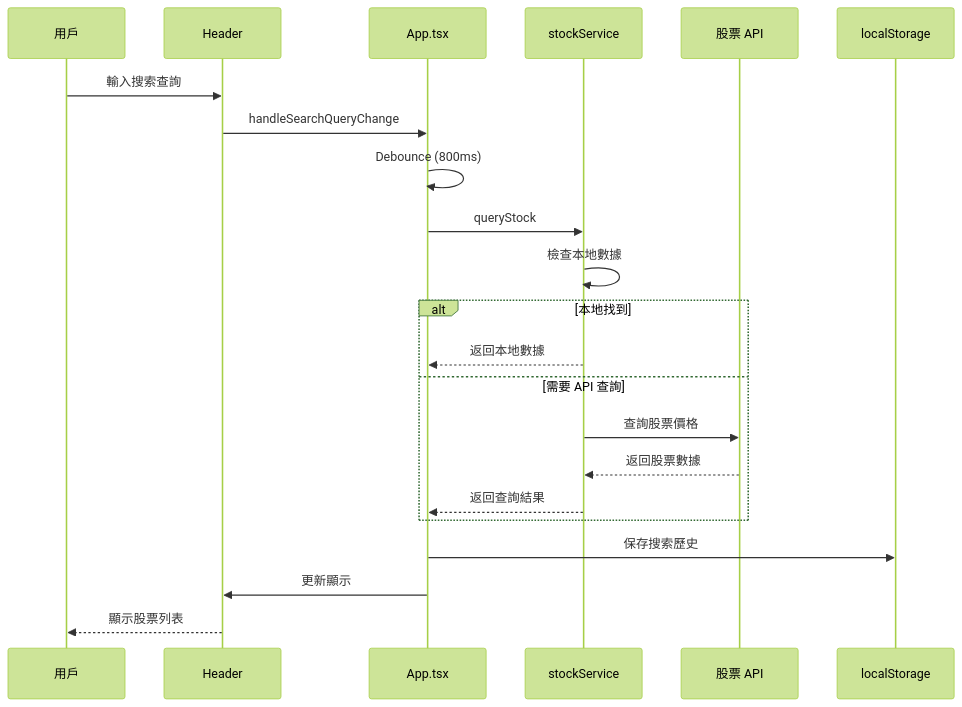
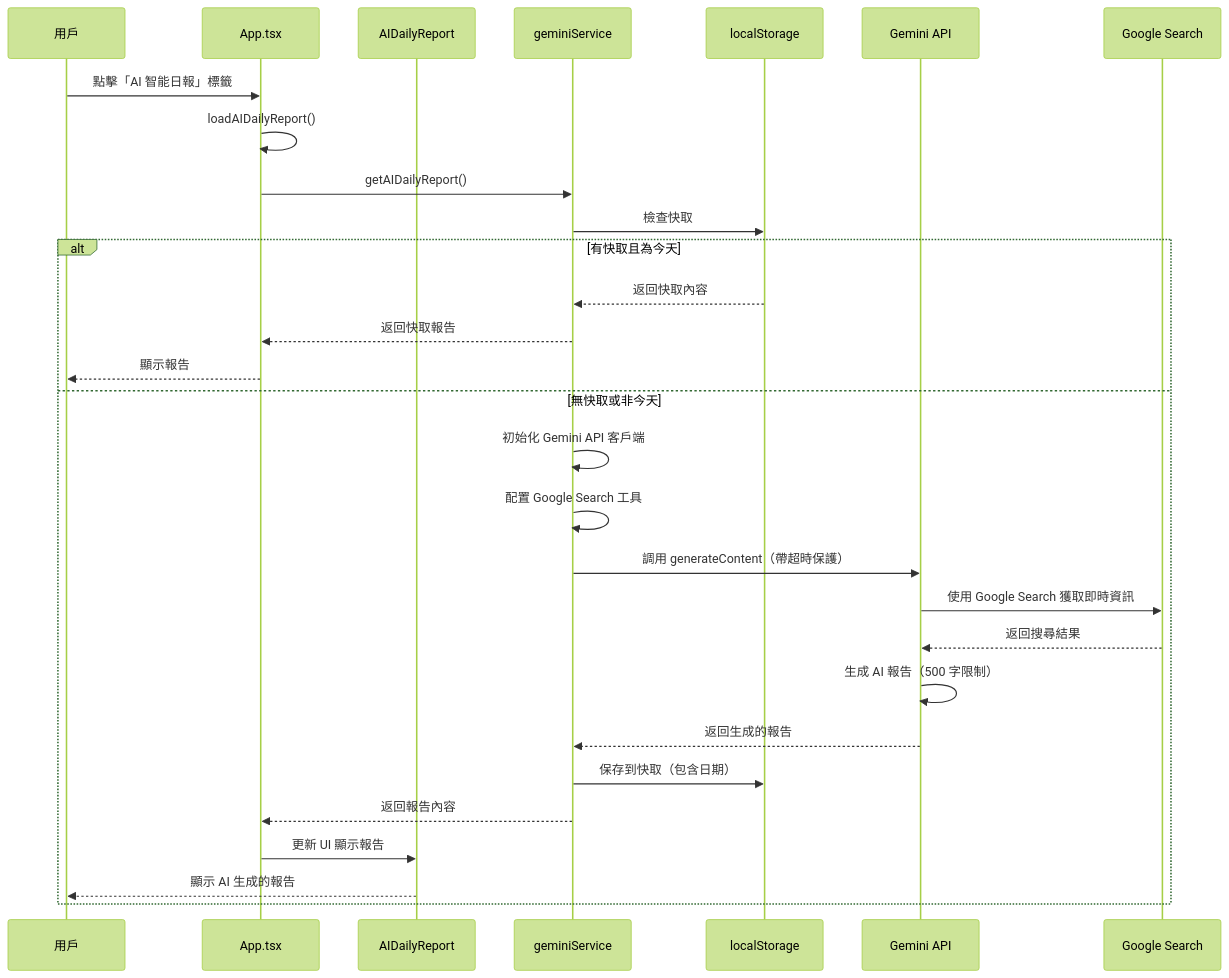
One commit to qwerboy-design/gemini-fintech-pro changed the second of 6 diagrams in README.md. Above: the diagram before and after it, drawn with Mermaid (forest theme). The commit also changed other lines of this file and 87 other files, not shown here.

````diff
--- a/README.md
+++ b/README.md
@@ -191,25 +253,32 @@
 ```mermaid
 sequenceDiagram
     participant U as 用戶
-    participant H as Header
     participant A as App.tsx
-    participant SS as stockService
-    participant API as 股票 API
+    participant AR as AIDailyReport
+    participant GS as geminiService
     participant LS as localStorage
+    participant GA as Gemini API
+    participant GS2 as Google Search
     
-    U->>H: 輸入搜索查詢
-    H->>A: handleSearchQueryChange
-    A->>A: Debounce (800ms)
-    A->>SS: queryStock
-    SS->>SS: 檢查本地數據
-    alt 本地找到
-        SS-->>A: 返回本地數據
-    else 需要 API 查詢
-        SS->>API: 查詢股票價格
-        API-->>SS: 返回股票數據
-        SS-->>A: 返回查詢結果
+    U->>A: 點擊「AI 智能日報」標籤
+    A->>A: loadAIDailyReport()
+    A->>GS: getAIDailyReport()
+    GS->>LS: 檢查快取
+    alt 有快取且為今天
+        LS-->>GS: 返回快取內容
+        GS-->>A: 返回快取報告
+        A-->>U: 顯示報告
+    else 無快取或非今天
+        GS->>GS: 初始化 Gemini API 客戶端
+        GS->>GS: 配置 Google Search 工具
+        GS->>GA: 調用 generateContent（帶超時保護）
+        GA->>GS2: 使用 Google Search 獲取即時資訊
+        GS2-->>GA: 返回搜尋結果
+        GA->>GA: 生成 AI 報告（500 字限制）
+        GA-->>GS: 返回生成的報告
+        GS->>LS: 保存到快取（包含日期）
+        GS-->>A: 返回報告內容
+        A->>AR: 更新 UI 顯示報告
+        AR-->>U: 顯示 AI 生成的報告
     end
-    A->>LS: 保存搜索歷史
-    A->>H: 更新顯示
-    H-->>U: 顯示股票列表
 ```
````
